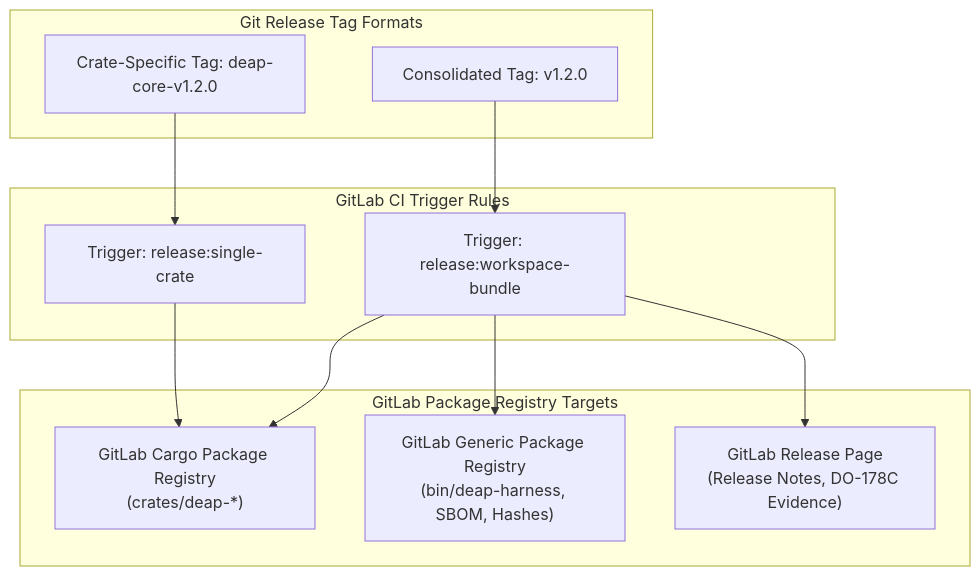
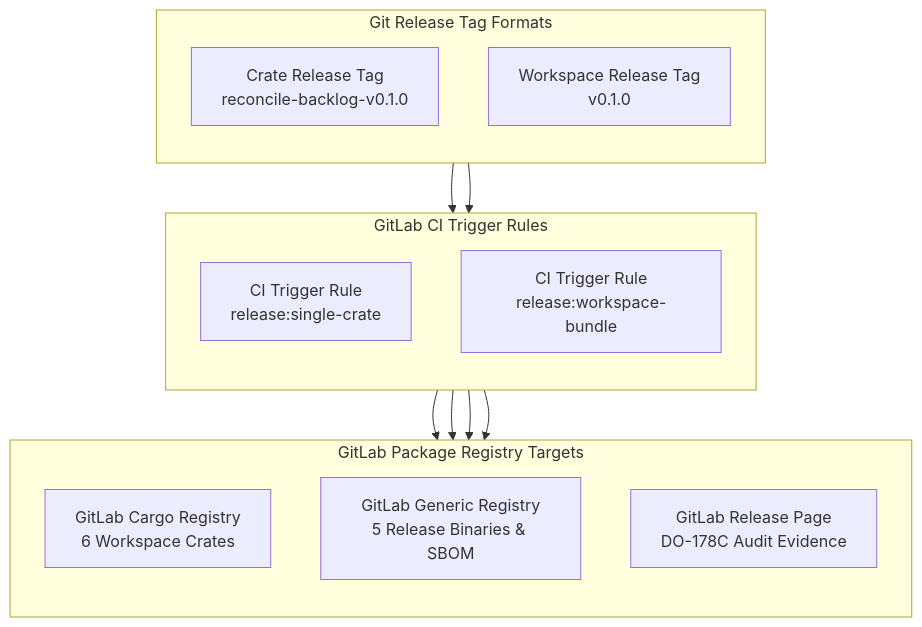
One commit to gintatkinson/DEAP01-spec-core changed diagram 15 of 19 in docs/architecture/blueprints/MULTI_PROVIDER_GITLAB_INFRASTRUCTURE_ARCHITECTURE.md. Above: the diagram before and after it, drawn with Mermaid. The commit also changed other lines of this file and 28 other files, not shown here.

Commit message:
feat(verify-baseline,deap-core,compile-sysml): implement Option C blueprint capabilities and Check 37 blueprint grounding gate

````diff
--- a/docs/architecture/blueprints/MULTI_PROVIDER_GITLAB_INFRASTRUCTURE_ARCHITECTURE.md
+++ b/docs/architecture/blueprints/MULTI_PROVIDER_GITLAB_INFRASTRUCTURE_ARCHITECTURE.md
@@ -1329,26 +1237,29 @@
 ```mermaid
 flowchart TD
     subgraph Git_Tags ["Git Release Tag Formats"]
-        Crate_Tag["Crate-Specific Tag: deap-core-v1.2.0"]
-        Workspace_Tag["Consolidated Tag: v1.2.0"]
+        direction TB
+        Crate_Tag["Crate Release Tag<br/>reconcile-backlog-v0.1.0"]
+        Workspace_Tag["Workspace Release Tag<br/>v0.1.0"]
     end
 
     subgraph CI_Release_Triggers ["GitLab CI Trigger Rules"]
-        Rule_Crate["Trigger: release:single-crate"]
-        Rule_Workspace["Trigger: release:workspace-bundle"]
+        direction TB
+        Rule_Crate["CI Trigger Rule<br/>release:single-crate"]
+        Rule_Workspace["CI Trigger Rule<br/>release:workspace-bundle"]
     end
 
     subgraph Registry_Targets ["GitLab Package Registry Targets"]
-        Cargo_Reg["GitLab Cargo Package Registry<br/>(crates/deap-*)"]
-        Generic_Reg["GitLab Generic Package Registry<br/>(bin/deap-harness, SBOM, Hashes)"]
-        Release_Entry["GitLab Release Page<br/>(Release Notes, DO-178C Evidence)"]
+        direction TB
+        Cargo_Reg["GitLab Cargo Registry<br/>6 Workspace Crates"]
+        Generic_Reg["GitLab Generic Registry<br/>5 Release Binaries & SBOM"]
+        Release_Entry["GitLab Release Page<br/>DO-178C Audit Evidence"]
     end
 
     Crate_Tag --> Rule_Crate
     Workspace_Tag --> Rule_Workspace
 
     Rule_Crate --> Cargo_Reg
     Rule_Workspace --> Cargo_Reg
     Rule_Workspace --> Generic_Reg
     Rule_Workspace --> Release_Entry
 ```
````
